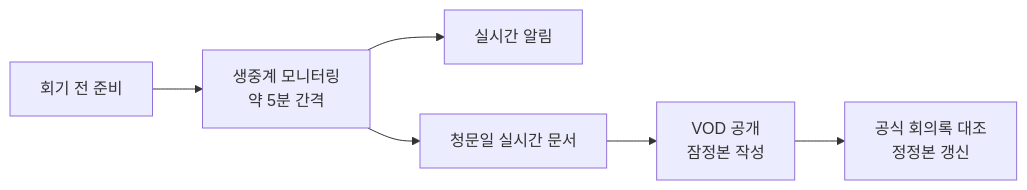
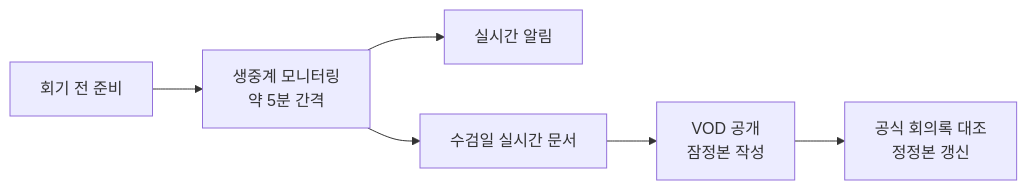
One commit to hongong-kr/seoul-metropolitan-council changed the diagram in README.md. Above: the diagram before and after it, drawn with Mermaid. The commit also changed other lines of this file and 2 other files, not shown here.

````diff
--- a/README.md
+++ b/README.md
@@ -32,8 +32,8 @@
 ```mermaid
 flowchart LR
     A[회기 전 준비] --> B[생중계 모니터링<br/>약 5분 간격]
     B --> C[실시간 알림]
-    B --> D[청문일 실시간 문서]
+    B --> D[수검일 실시간 문서]
     D --> E[VOD 공개<br/>잠정본 작성]
     E --> F[공식 회의록 대조<br/>정정본 갱신]
 ```
````
